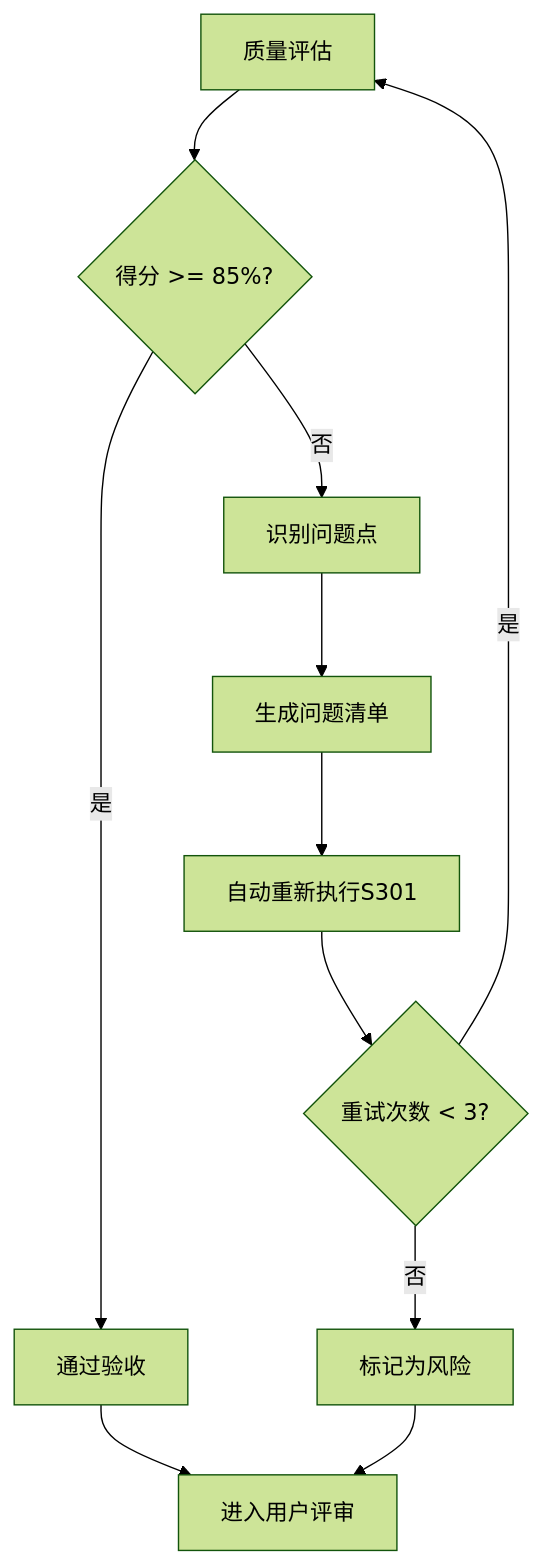
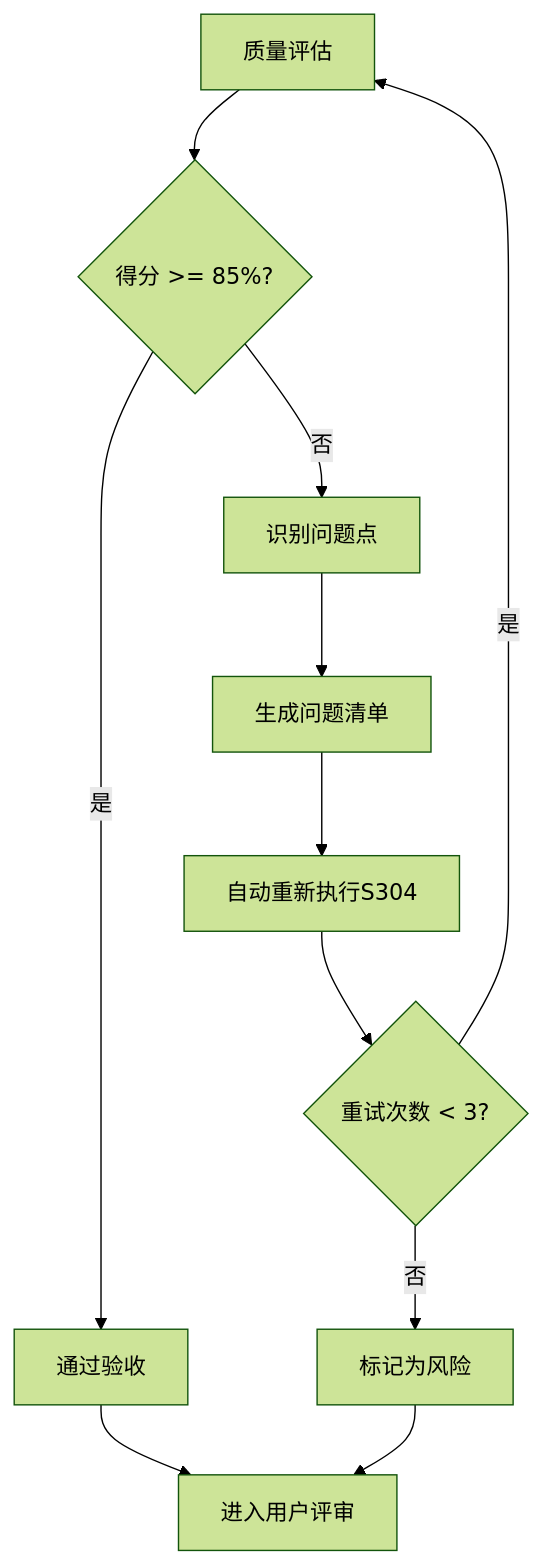
Before and after one commit to HeartFlying/swf: the second of 2 diagrams in skills/s3-risk/SKILL.md, drawn with Mermaid (forest theme). The commit also changed other lines of this file and 33 other files, not shown here.

````diff
--- a/skills/s3-risk/SKILL.md
+++ b/skills/s3-risk/SKILL.md
@@ -286,13 +284,13 @@
 ```mermaid
 flowchart TD
     Evaluate[质量评估] --> Score{得分 >= 85%?}
     Score -->|是| Pass[通过验收]
     Score -->|否| Identify[识别问题点]
     Identify --> List[生成问题清单]
-    List --> ReExecute[自动重新执行S301]
+    List --> ReExecute[自动重新执行S304]
     ReExecute --> Retry{重试次数 < 3?}
     Retry -->|是| Evaluate
     Retry -->|否| Risk[标记为风险]
     Pass --> UserReview[进入用户评审]
     Risk --> UserReview
 ```
````
